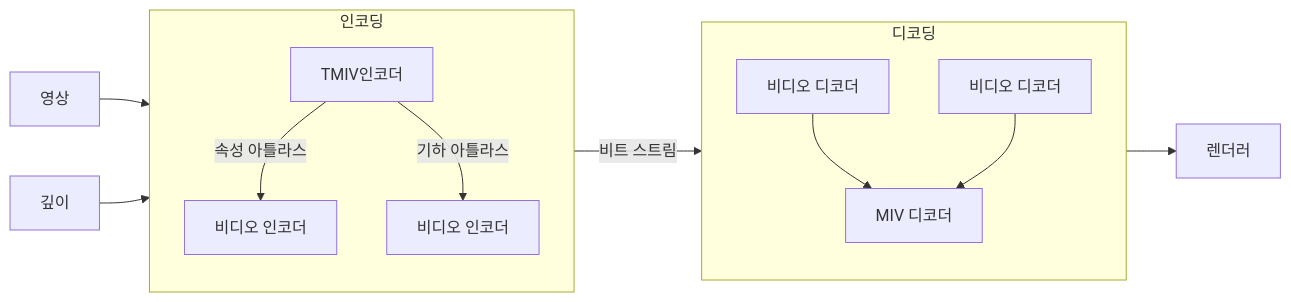
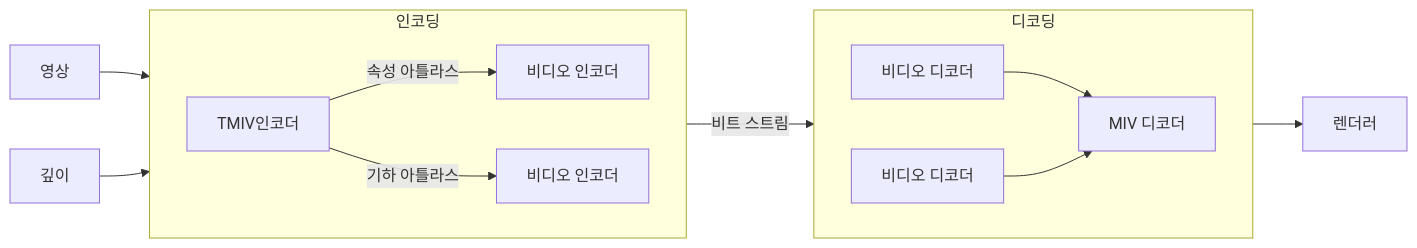
Before and after one commit to gracefullight/gracefullight.github.io: the diagram in blog/pe/conv/miv.md, drawn with Mermaid.

Commit message:
docs: 📚️ miv

````diff
--- a/blog/pe/conv/miv.md
+++ b/blog/pe/conv/miv.md
@@ -20,27 +20,29 @@
 ```mermaid
 graph LR
   영상 --> 인코딩
   깊이 --> 인코딩
 
   subgraph 인코딩
+    direction LR
     TMIV인코더
     비디오인코더1[비디오 인코더]
     비디오인코더2[비디오 인코더]
 
     TMIV인코더 -->|속성 아틀라스| 비디오인코더1
     TMIV인코더 -->|기하 아틀라스| 비디오인코더2
   end
 
   subgraph 디코딩
+    direction LR
     비디오디코더1[비디오 디코더]
     비디오디코더2[비디오 디코더]
 
     MIV디코더[MIV 디코더]
 
     비디오디코더1 --> MIV디코더
     비디오디코더2 --> MIV디코더
   end
 
   인코딩 --> |비트 스트림| 디코딩
   디코딩 --> 렌더러
 ```
````
